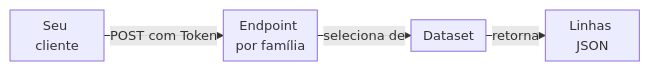
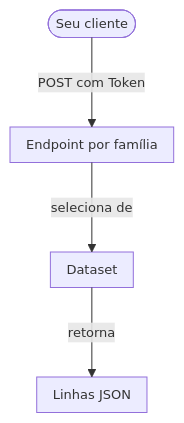
Before and after one commit to aziontech/docs: the diagram in apps/docs/src/content/docs/pt-br/pages/devtools/api-graphql/visao-geral/visao-geral-gql.mdx, drawn with Mermaid. The commit also changed 179 other files, not shown here.

Commit message:
docs(diagrams): redraw every other diagram in the use-case diagram style (#2513)

````diff
--- a/apps/docs/src/content/docs/pt-br/pages/devtools/api-graphql/visao-geral/visao-geral-gql.mdx
+++ b/apps/docs/src/content/docs/pt-br/pages/devtools/api-graphql/visao-geral/visao-geral-gql.mdx
@@ -36,7 +36,7 @@
 ```mermaid
-%%{init: {"layout": "dagre", "themeVariables": {"fontSize": "13px"}, "flowchart": {"nodeSpacing": 12, "rankSpacing": 12, "padding": 6, "wrappingWidth": 70, "minNodeWidth": 40, "useMaxWidth": true}}}%%
-flowchart LR
-  Client["Seu cliente"] -->|"POST com Token"| Endpoint["Endpoint por família"]
+%%{init: {"layout": "elk", "themeVariables": {"fontSize": "13px"}, "flowchart": {"nodeSpacing": 24, "rankSpacing": 36, "padding": 8, "wrappingWidth": 150, "useMaxWidth": true}, "sequence": {"width": 120, "actorMargin": 30, "useMaxWidth": true}}}%%
+flowchart TD
+  Client(["Seu cliente"]) -->|"POST com Token"| Endpoint["Endpoint por família"]
   Endpoint -->|"seleciona de"| Dataset["Dataset"]
   Dataset -->|"retorna"| Rows["Linhas JSON"]
 ```
````
